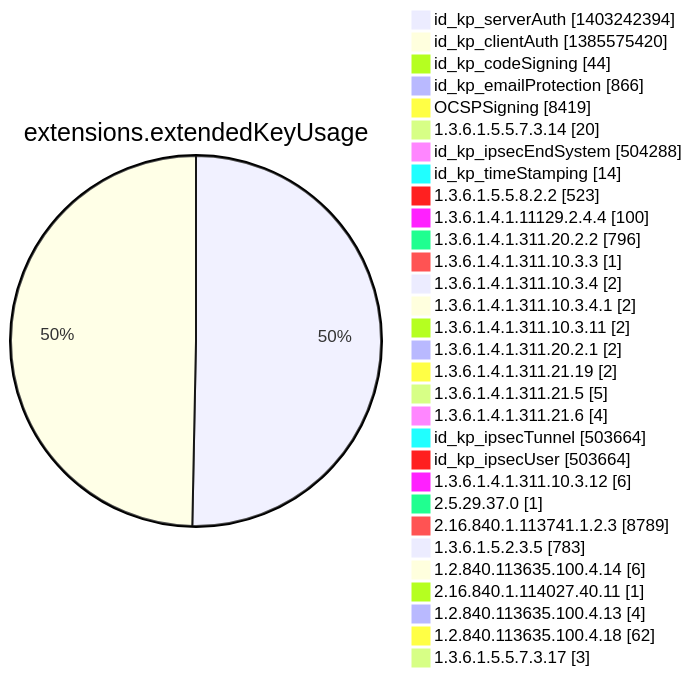
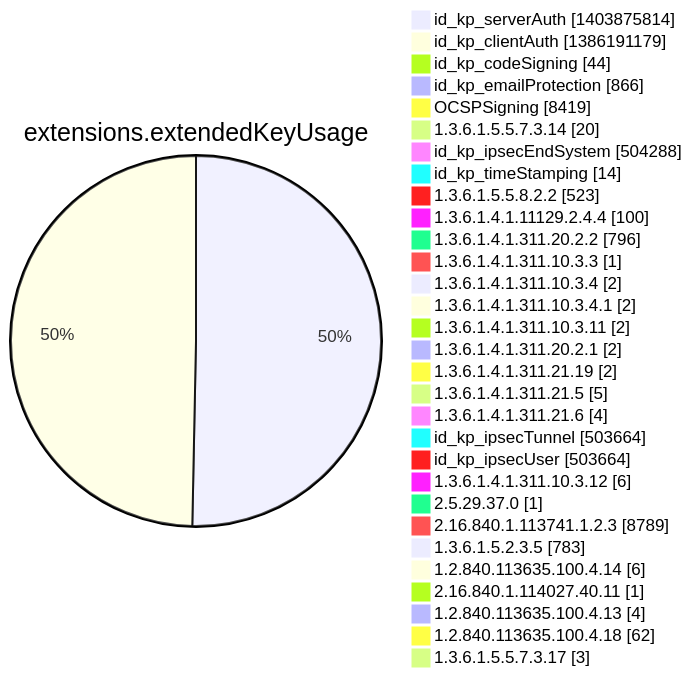
Before and after one commit to christiankrug/ctmonitor_visualization: diagram 12 of 15 in argon2022/README.md, drawn with Mermaid. The commit also changed other lines of this file, not shown here.

````diff
--- a/argon2022/README.md
+++ b/argon2022/README.md
@@ -3554,34 +3554,34 @@
 ```mermaid
 pie showData
 title extensions.extendedKeyUsage
-"id_kp_serverAuth" :1403242394
-"id_kp_clientAuth" :1385575420
+"id_kp_serverAuth" :1403875814
+"id_kp_clientAuth" :1386191179
 "id_kp_codeSigning" :44
 "id_kp_emailProtection" :866
 "OCSPSigning" :8419
 "1.3.6.1.5.5.7.3.14" :20
 "id_kp_ipsecEndSystem" :504288
 "id_kp_timeStamping" :14
 "1.3.6.1.5.5.8.2.2" :523
 "1.3.6.1.4.1.11129.2.4.4" :100
 "1.3.6.1.4.1.311.20.2.2" :796
 "1.3.6.1.4.1.311.10.3.3" :1
 "1.3.6.1.4.1.311.10.3.4" :2
 "1.3.6.1.4.1.311.10.3.4.1" :2
 "1.3.6.1.4.1.311.10.3.11" :2
 "1.3.6.1.4.1.311.20.2.1" :2
 "1.3.6.1.4.1.311.21.19" :2
 "1.3.6.1.4.1.311.21.5" :5
 "1.3.6.1.4.1.311.21.6" :4
 "id_kp_ipsecTunnel" :503664
 "id_kp_ipsecUser" :503664
 "1.3.6.1.4.1.311.10.3.12" :6
 "2.5.29.37.0" :1
 "2.16.840.1.113741.1.2.3" :8789
 "1.3.6.1.5.2.3.5" :783
 "1.2.840.113635.100.4.14" :6
 "2.16.840.1.114027.40.11" :1
 "1.2.840.113635.100.4.13" :4
 "1.2.840.113635.100.4.18" :62
 "1.3.6.1.5.5.7.3.17" :3
 ```
````
